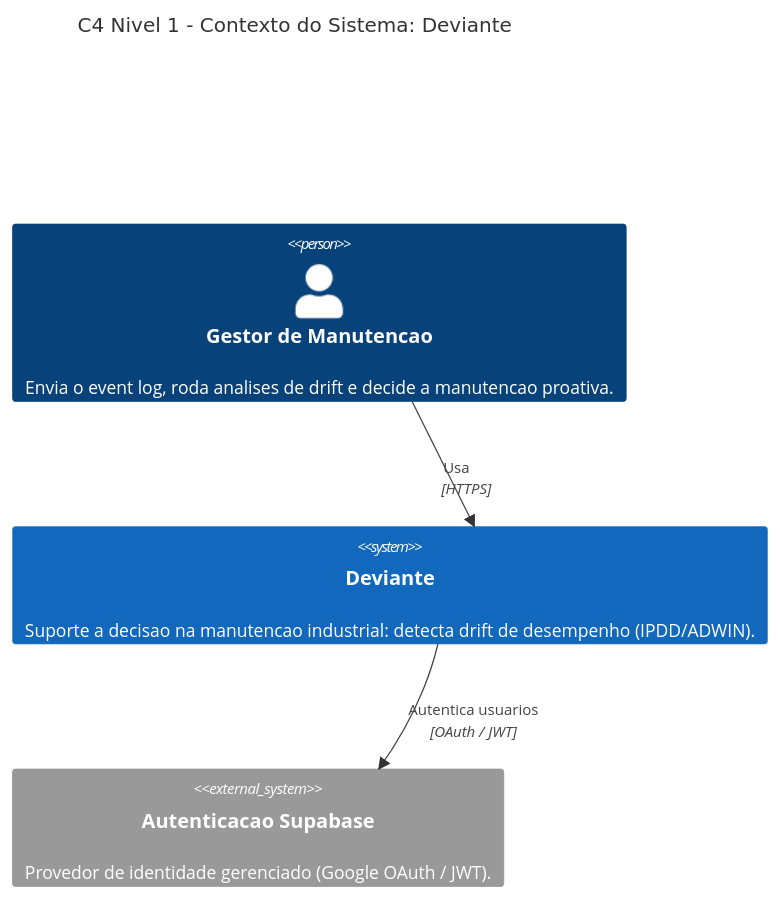
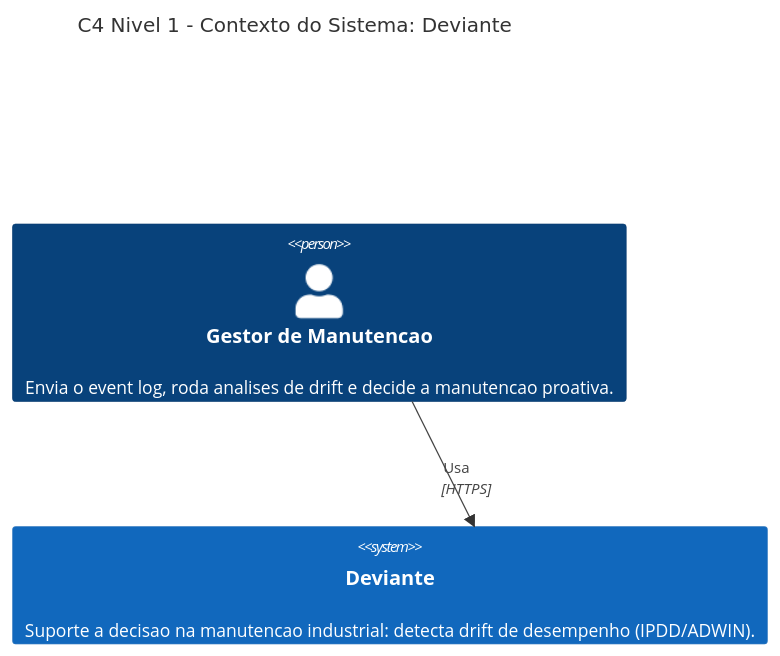
Before and after one commit to aland3r/deviante-docs: the diagram in architecture/c4/level 1.mmd, drawn with Mermaid. The commit also changed 1 other file, not shown here.

Commit message:
C4 nível 1: só gestor e Deviante (Supabase é componente externo, aparece no nível 2)
Claude-Session: https://claude.ai/code/session_01AmE5KfE7b9iNvkkPZemtYe

```diff
--- a/architecture/c4/level 1.mmd
+++ b/architecture/c4/level 1.mmd
@@ -1,11 +1,9 @@
 C4Context
     title C4 Nivel 1 - Contexto do Sistema: Deviante
 
     Person(gestor, "Gestor de Manutencao", "Envia o event log, roda analises de drift e decide a manutencao proativa.")
     System(deviante, "Deviante", "Suporte a decisao na manutencao industrial: detecta drift de desempenho (IPDD/ADWIN).")
-    System_Ext(auth, "Autenticacao Supabase", "Provedor de identidade gerenciado (Google OAuth / JWT).")
 
     Rel(gestor, deviante, "Usa", "HTTPS")
-    Rel(deviante, auth, "Autentica usuarios", "OAuth / JWT")
 
     UpdateLayoutConfig($c4ShapeInRow="1", $c4BoundaryInRow="1")
```
